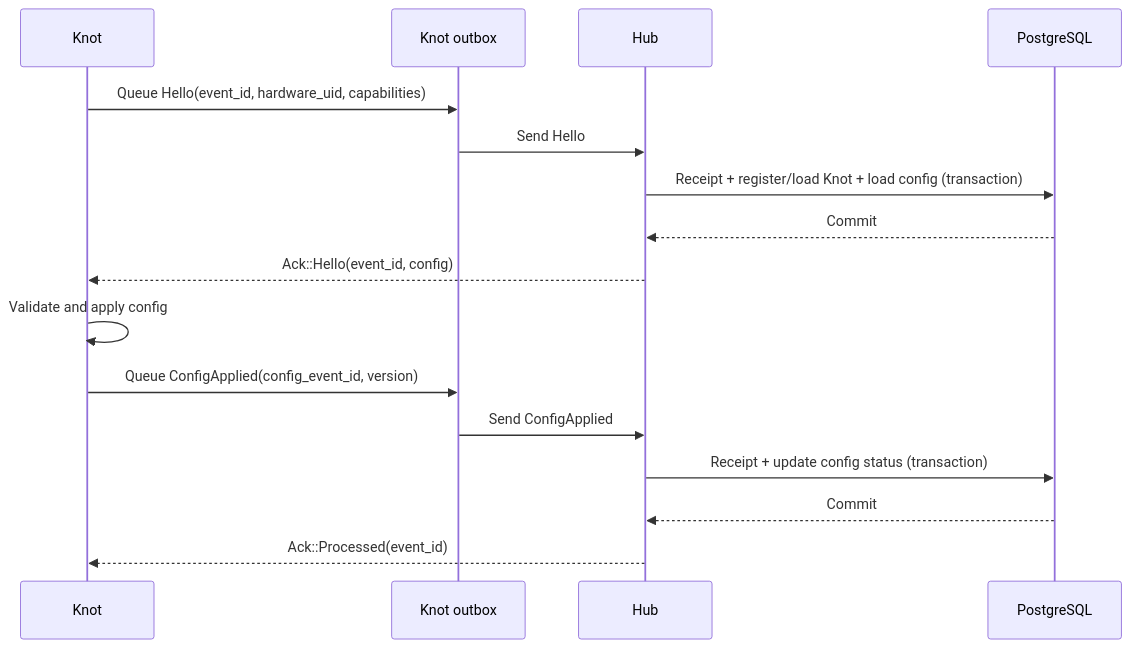
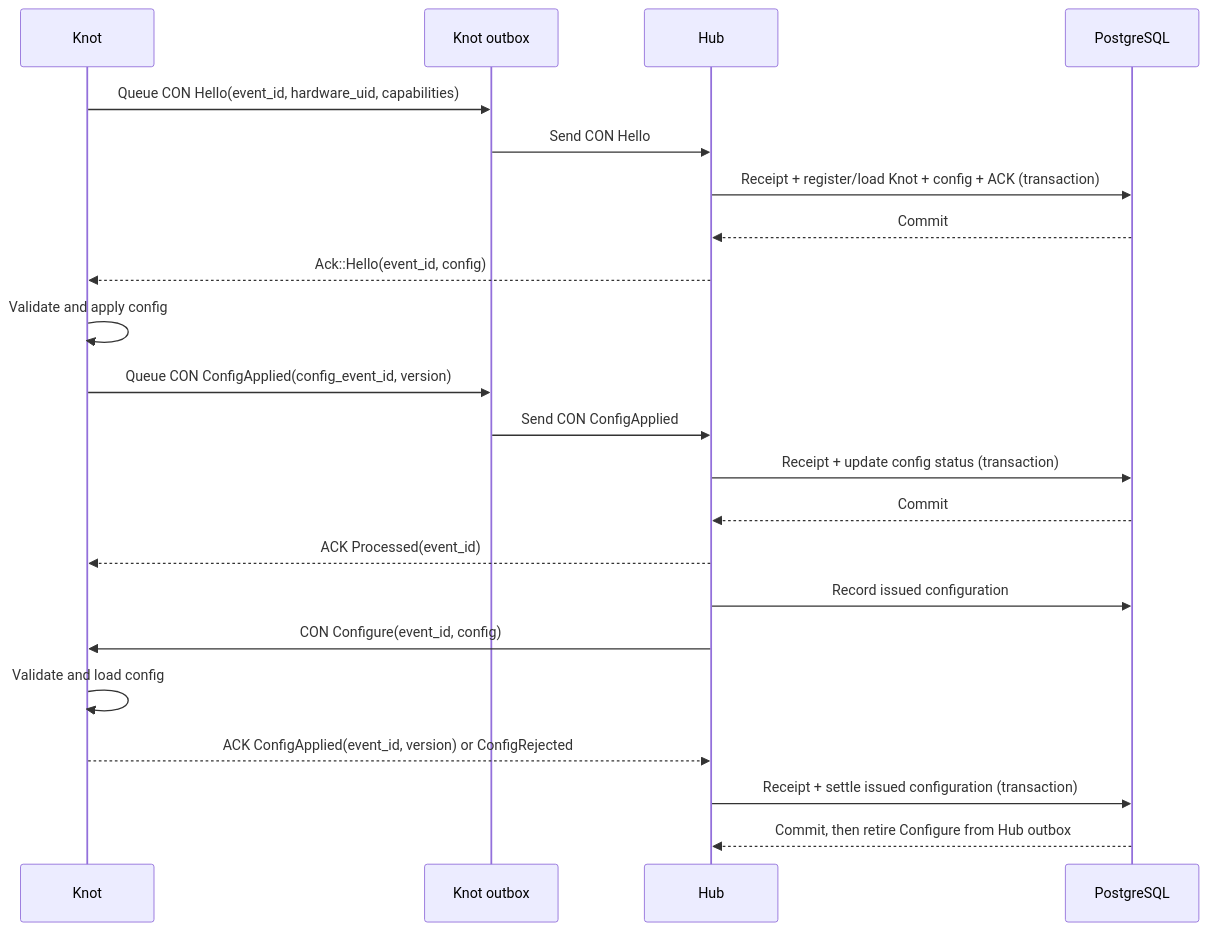
One commit to theredfish/arksync changed the diagram in docs/src/architecture/event-messaging.md. Above: the diagram before and after it, drawn with Mermaid. The commit also changed other lines of this file and 62 other files, not shown here.

First line of the commit message:
refactor: unify Hub/Knot delivery and rename the event router

````diff
--- a/docs/src/architecture/event-messaging.md
+++ b/docs/src/architecture/event-messaging.md
@@ -33,19 +85,26 @@
 ```mermaid
 sequenceDiagram
     participant K as Knot
     participant O as Knot outbox
     participant H as Hub
     participant D as PostgreSQL
 
-    K->>O: Queue Hello(event_id, hardware_uid, capabilities)
-    O->>H: Send Hello
-    H->>D: Receipt + register/load Knot + load config (transaction)
+    K->>O: Queue CON Hello(event_id, hardware_uid, capabilities)
+    O->>H: Send CON Hello
+    H->>D: Receipt + register/load Knot + config + ACK (transaction)
     D-->>H: Commit
     H-->>K: Ack::Hello(event_id, config)
     K->>K: Validate and apply config
-    K->>O: Queue ConfigApplied(config_event_id, version)
-    O->>H: Send ConfigApplied
+    K->>O: Queue CON ConfigApplied(config_event_id, version)
+    O->>H: Send CON ConfigApplied
     H->>D: Receipt + update config status (transaction)
     D-->>H: Commit
-    H-->>K: Ack::Processed(event_id)
+    H-->>K: ACK Processed(event_id)
+
+    H->>D: Record issued configuration
+    H->>K: CON Configure(event_id, config)
+    K->>K: Validate and load config
+    K-->>H: ACK ConfigApplied(event_id, version) or ConfigRejected
+    H->>D: Receipt + settle issued configuration (transaction)
+    D-->>H: Commit, then retire Configure from Hub outbox
 ```
````
